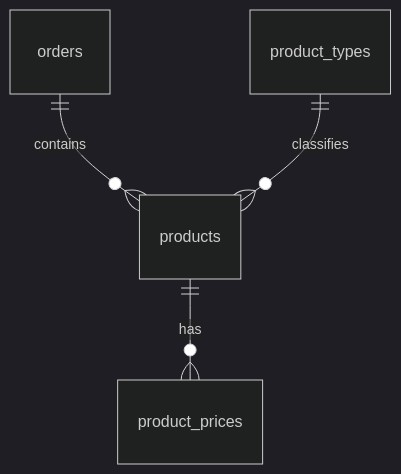
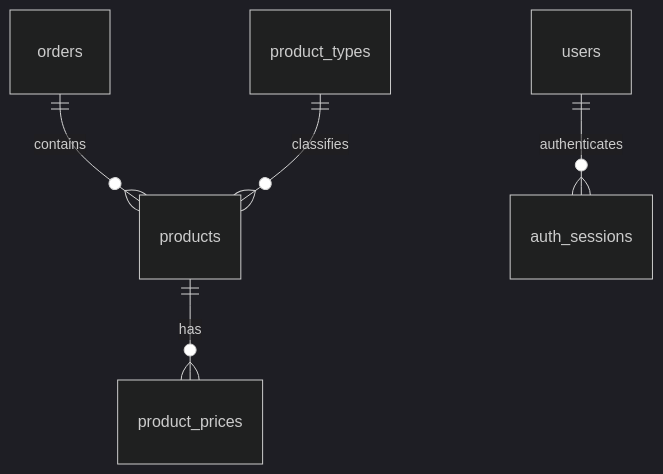
One commit to RomanZakrenychnyi/dzencode-orders-products changed the diagram in database/README.md. Above: the diagram before and after it, drawn with Mermaid (dark theme). The commit also changed other lines of this file and 3 other files, not shown here.

````diff
--- a/database/README.md
+++ b/database/README.md
@@ -5,6 +5,7 @@
 ```mermaid
 erDiagram
     orders ||--o{ products : contains
     product_types ||--o{ products : classifies
     products ||--o{ product_prices : has
+    users ||--o{ auth_sessions : authenticates
 ```
````
